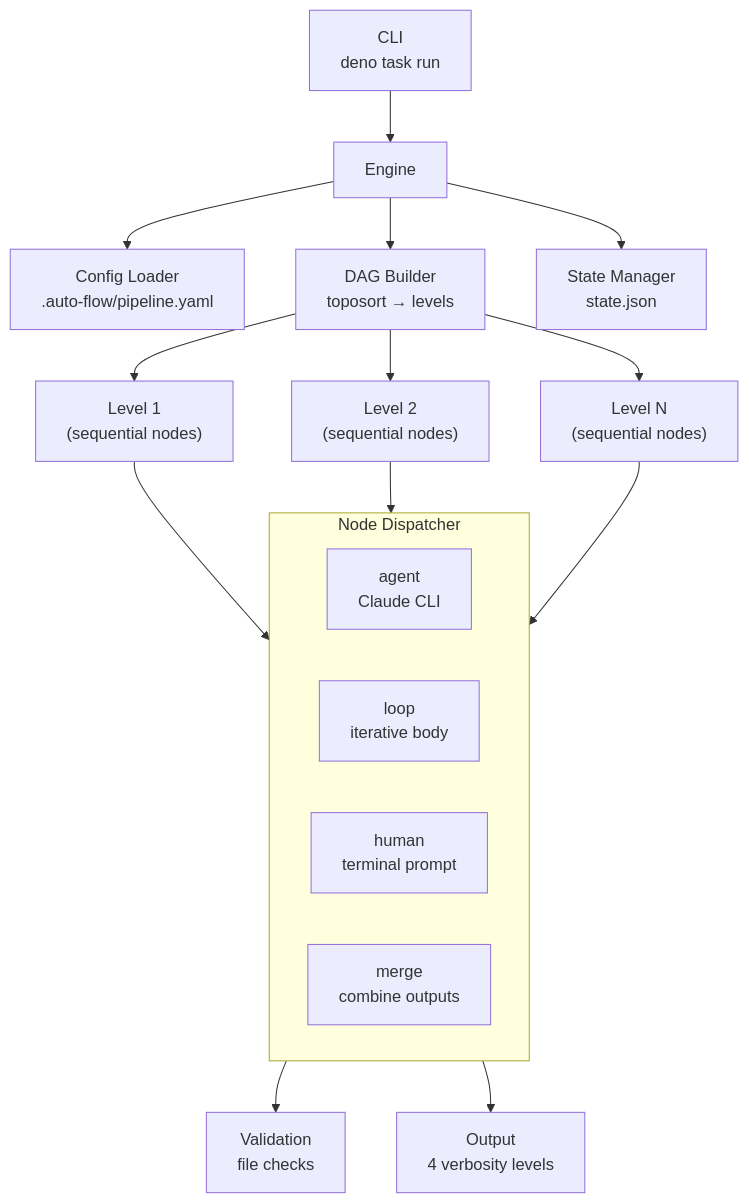
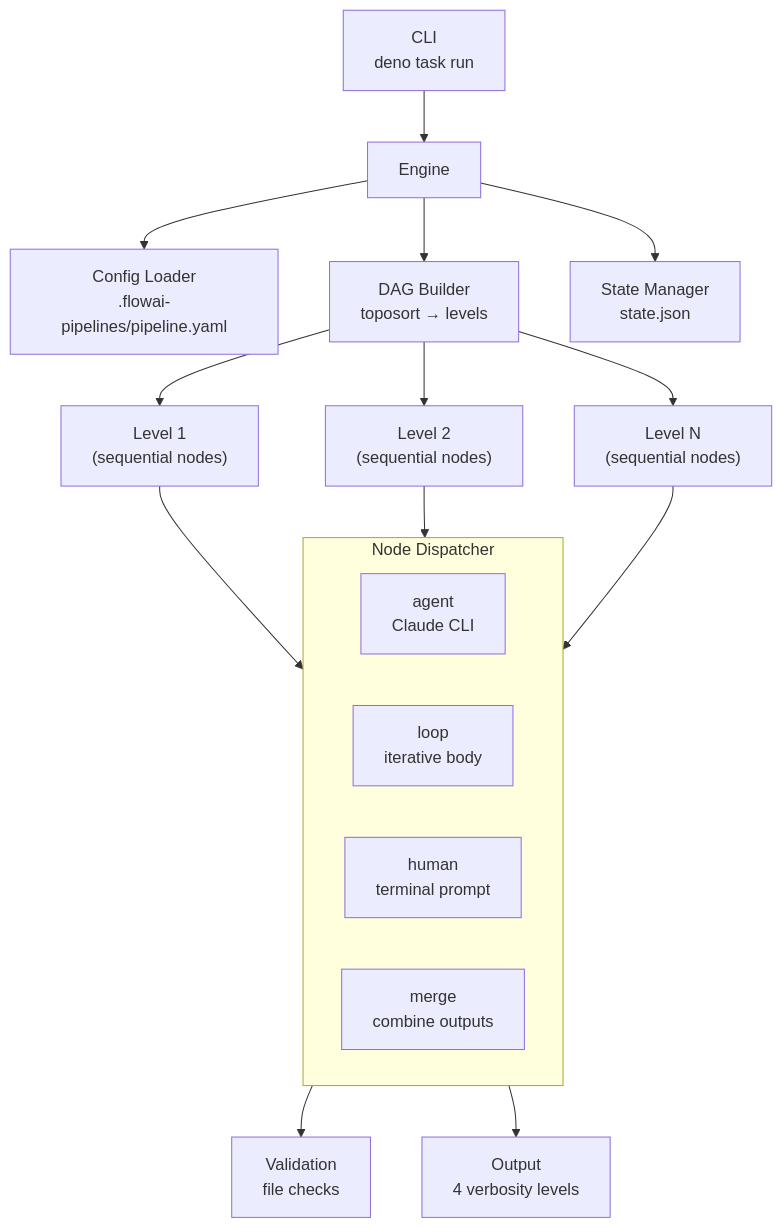
The diagram in documents/design-engine.md (korchasa/flowai-workflows), drawn with Mermaid before and after one commit. The commit also changed other lines of this file and 171 other files, not shown here.

First line of the commit message:
rename: auto-flow → flowai-pipelines

````diff
--- a/documents/design-engine.md
+++ b/documents/design-engine.md
@@ -15,25 +15,25 @@
 ```mermaid
 graph TD
     CLI["CLI<br/>deno task run"] --> Engine
-    Engine --> Config["Config Loader<br/>.auto-flow/pipeline.yaml"]
+    Engine --> Config["Config Loader<br/>.flowai-pipelines/pipeline.yaml"]
     Engine --> DAG["DAG Builder<br/>toposort → levels"]
     Engine --> State["State Manager<br/>state.json"]
 
     DAG --> L1["Level 1<br/>(sequential nodes)"]
     DAG --> L2["Level 2<br/>(sequential nodes)"]
     DAG --> LN["Level N<br/>(sequential nodes)"]
 
     L1 --> Dispatch
     L2 --> Dispatch
     LN --> Dispatch
 
     subgraph Dispatch["Node Dispatcher"]
         Agent["agent<br/>Claude CLI"]
         Loop["loop<br/>iterative body"]
         Human["human<br/>terminal prompt"]
         Merge["merge<br/>combine outputs"]
     end
 
     Dispatch --> Validate["Validation<br/>file checks"]
     Dispatch --> Output["Output<br/>4 verbosity levels"]
 ```
````
